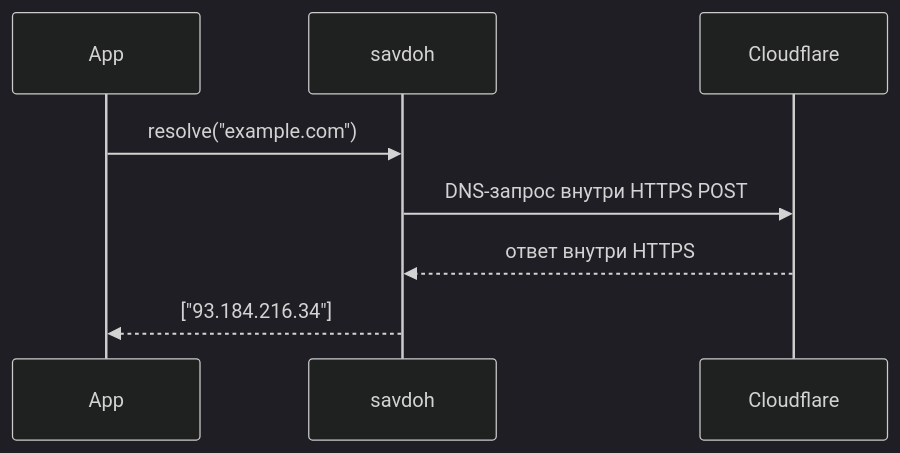
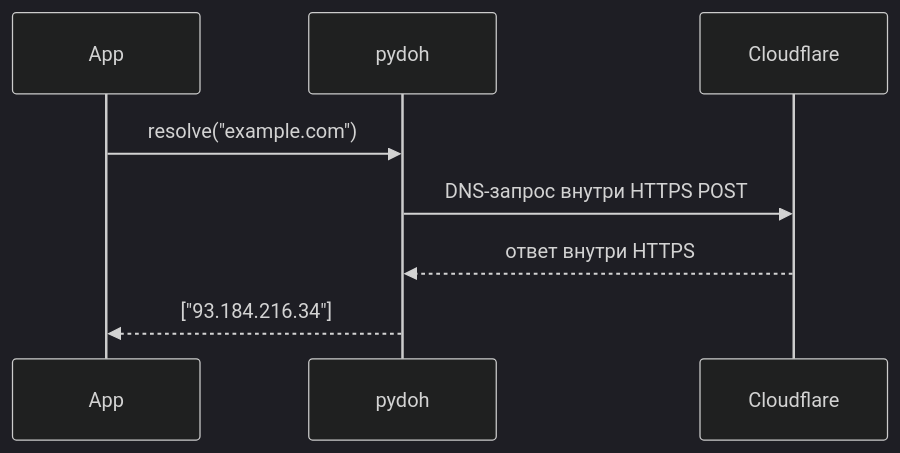
The diagram in README.md (ImSavsis/pydoh), drawn with Mermaid (dark theme) before and after one commit. The commit also changed other lines of this file and 15 other files, not shown here.

````diff
--- a/README.md
+++ b/README.md
@@ -12,7 +12,7 @@
 ```mermaid
 sequenceDiagram
-    App->>savdoh: resolve("example.com")
-    savdoh->>Cloudflare: DNS-запрос внутри HTTPS POST
-    Cloudflare-->>savdoh: ответ внутри HTTPS
-    savdoh-->>App: ["93.184.216.34"]
+    App->>pydoh: resolve("example.com")
+    pydoh->>Cloudflare: DNS-запрос внутри HTTPS POST
+    Cloudflare-->>pydoh: ответ внутри HTTPS
+    pydoh-->>App: ["93.184.216.34"]
 ```
````
